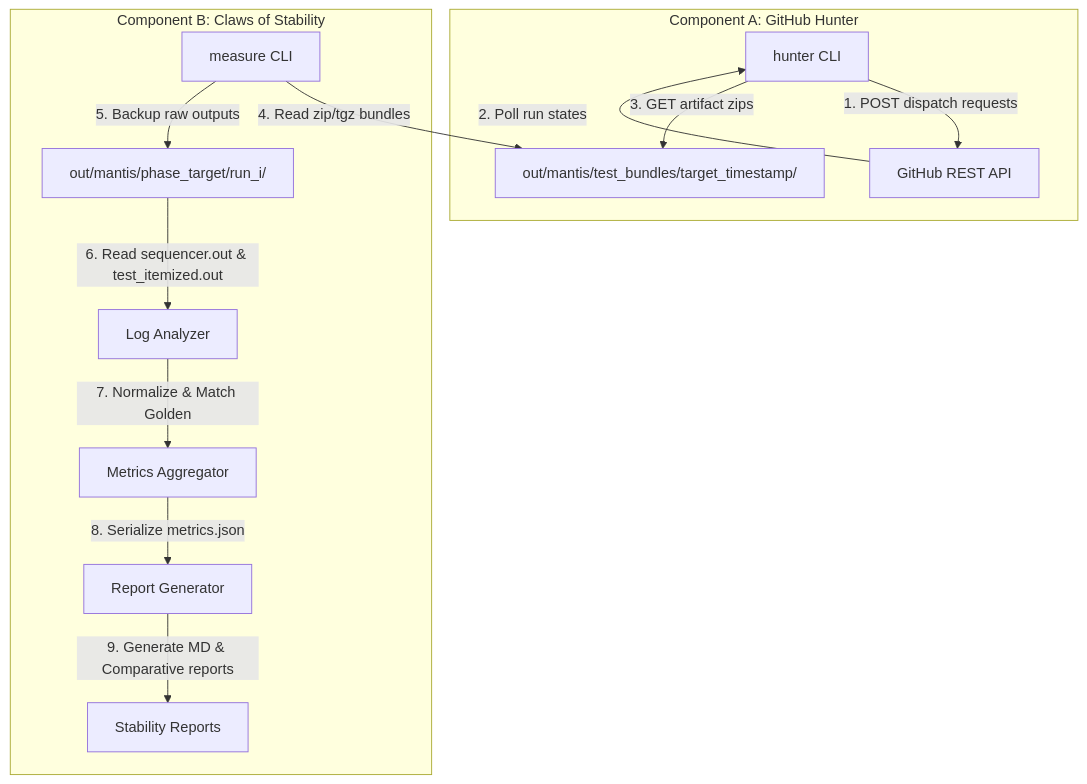
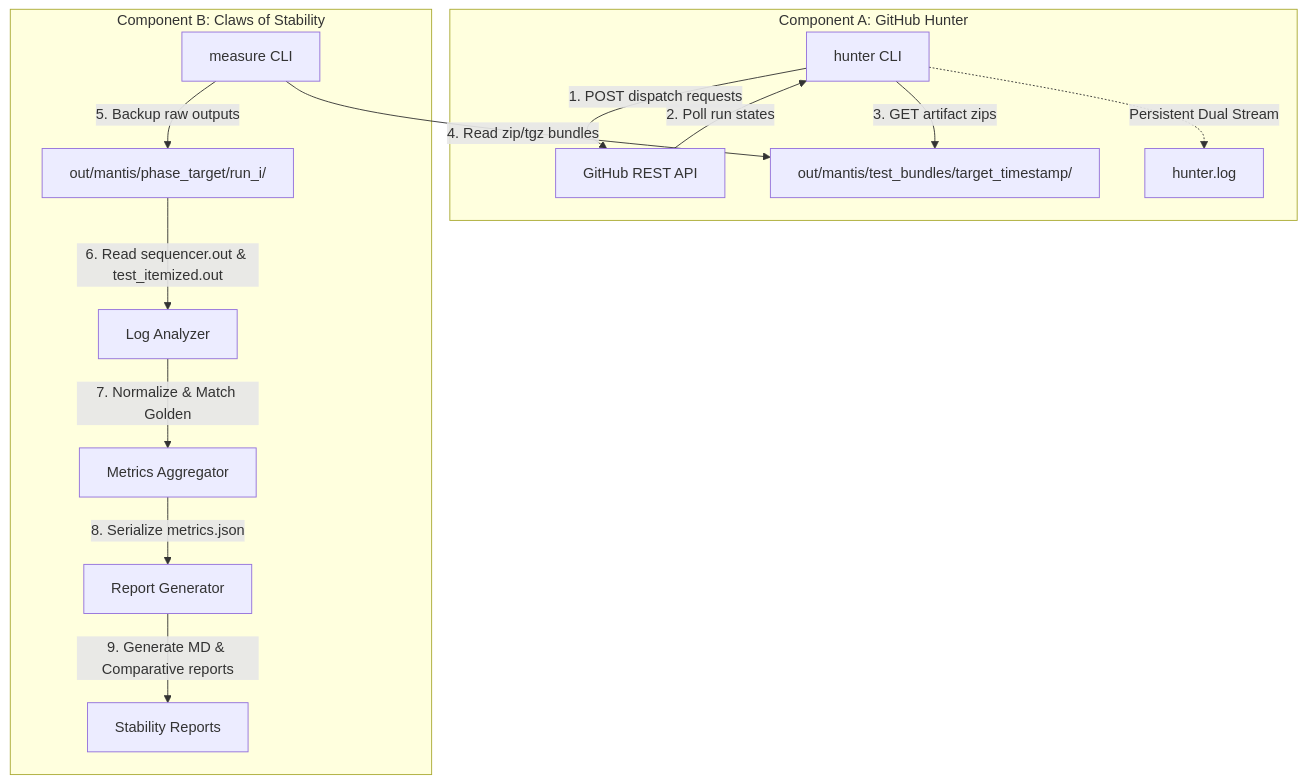
Before and after one commit to faucetsdn/udmi: the diagram in mantis/docs/raptorial_claws_spec.md, drawn with Mermaid. The commit also changed other lines of this file and 3 other files, not shown here.

Commit message:
feat(mantis): Add persistent auto-logging and background daemon mode to github_hunter

````diff
--- a/mantis/docs/raptorial_claws_spec.md
+++ b/mantis/docs/raptorial_claws_spec.md
@@ -19,17 +19,18 @@
 ```mermaid
 graph TD
     subgraph Component A: GitHub Hunter
         Hunter[hunter CLI] -->|1. POST dispatch requests| GitHubAPI[GitHub REST API]
         GitHubAPI -->|2. Poll run states| Hunter
         Hunter -->|3. GET artifact zips| BundlesDir[out/mantis/test_bundles/target_timestamp/]
+        Hunter -.->|Persistent Dual Stream| LogFile[hunter.log]
     end
 
     subgraph Component B: Claws of Stability
         Measure[measure CLI] -->|4. Read zip/tgz bundles| BundlesDir
         Measure -->|5. Backup raw outputs| RunBackup[out/mantis/phase_target/run_i/]
         RunBackup -->|6. Read sequencer.out & test_itemized.out| Analyzer[Log Analyzer]
         Analyzer -->|7. Normalize & Match Golden| Aggregator[Metrics Aggregator]
         Aggregator -->|8. Serialize metrics.json| Reporter[Report Generator]
         Reporter -->|9. Generate MD & Comparative reports| Markdown[Stability Reports]
     end
 ```
````
